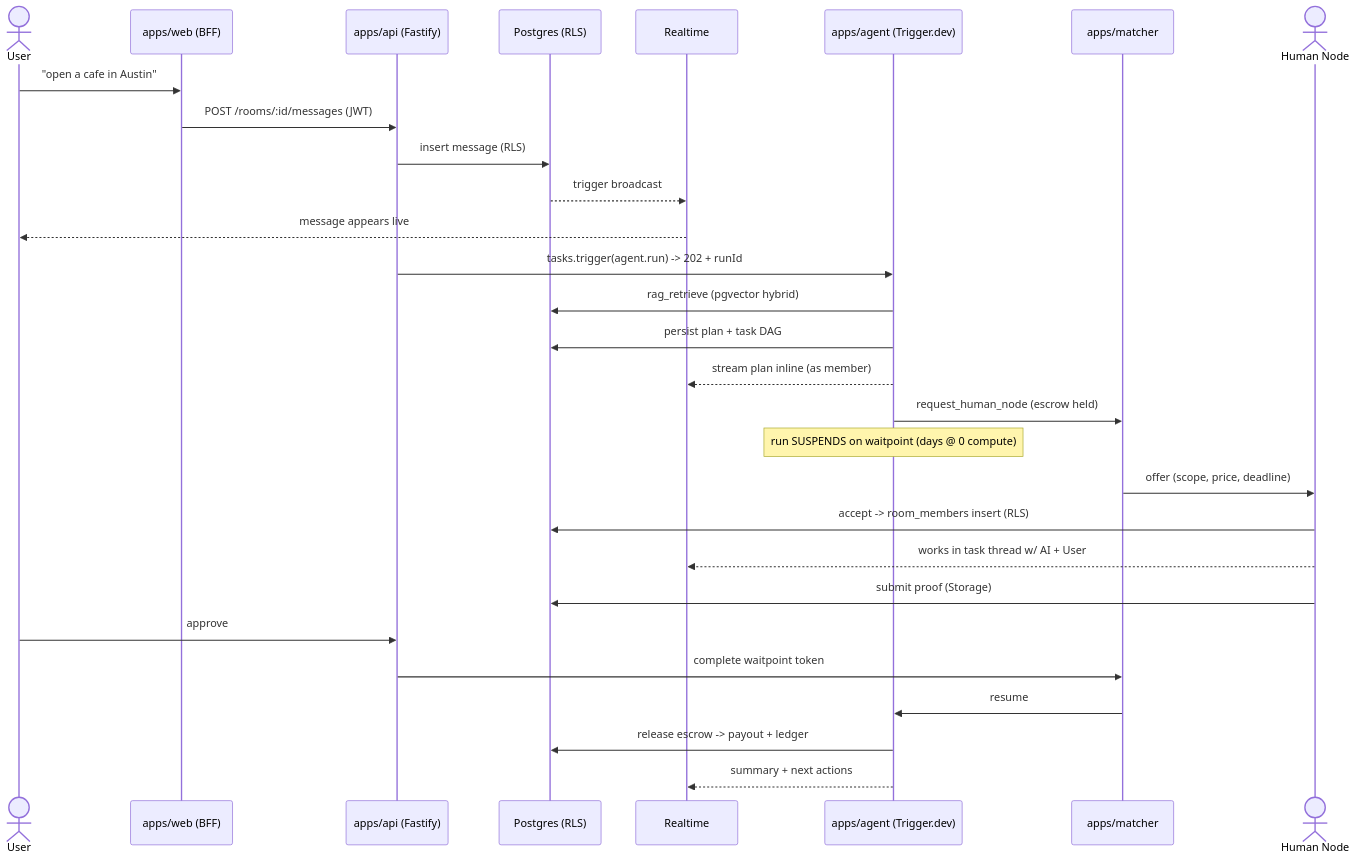
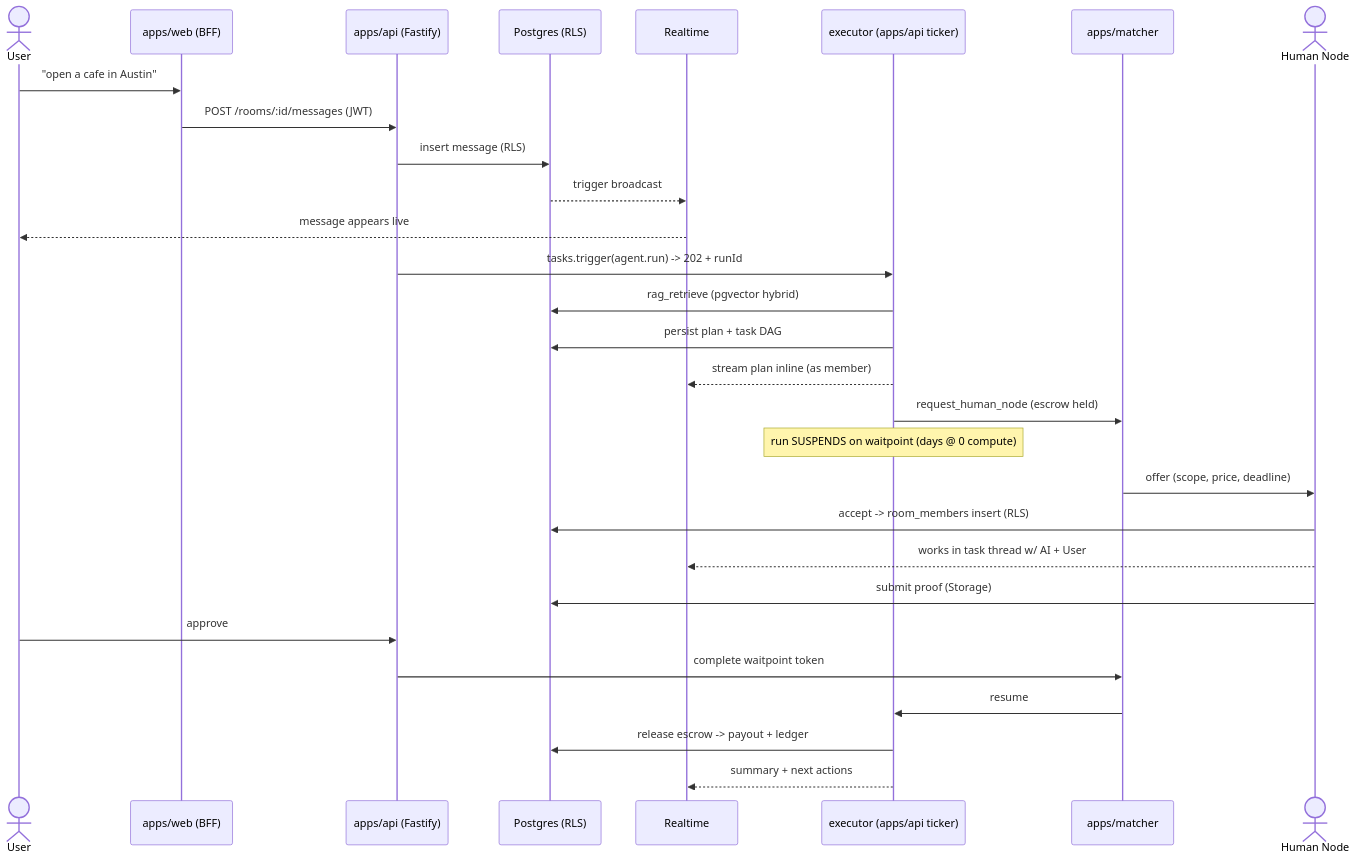
The first of 2 diagrams in docs/70-diagrams/README.md (Toko0829/octopus-ai), drawn with Mermaid before and after one commit. The commit also changed other lines of this file and 14 other files, not shown here.

````diff
--- a/docs/70-diagrams/README.md
+++ b/docs/70-diagrams/README.md
@@ -7,32 +7,32 @@
 ```mermaid
 sequenceDiagram
     actor User
     participant Web as apps/web (BFF)
     participant API as apps/api (Fastify)
     participant PG as Postgres (RLS)
     participant RT as Realtime
-    participant Agent as apps/agent (Trigger.dev)
+    participant Agent as executor (apps/api ticker)
     participant Matcher as apps/matcher
     actor Node as Human Node
 
     User->>Web: "open a cafe in Austin"
     Web->>API: POST /rooms/:id/messages (JWT)
     API->>PG: insert message (RLS)
     PG-->>RT: trigger broadcast
     RT-->>User: message appears live
     API->>Agent: tasks.trigger(agent.run) -> 202 + runId
     Agent->>PG: rag_retrieve (pgvector hybrid)
     Agent->>PG: persist plan + task DAG
     Agent-->>RT: stream plan inline (as member)
     Agent->>Matcher: request_human_node (escrow held)
     Note over Agent: run SUSPENDS on waitpoint (days @ 0 compute)
     Matcher->>Node: offer (scope, price, deadline)
     Node->>PG: accept -> room_members insert (RLS)
     Node-->>RT: works in task thread w/ AI + User
     Node->>PG: submit proof (Storage)
     User->>API: approve
     API->>Matcher: complete waitpoint token
     Matcher->>Agent: resume
     Agent->>PG: release escrow -> payout + ledger
     Agent-->>RT: summary + next actions
 ```
````
